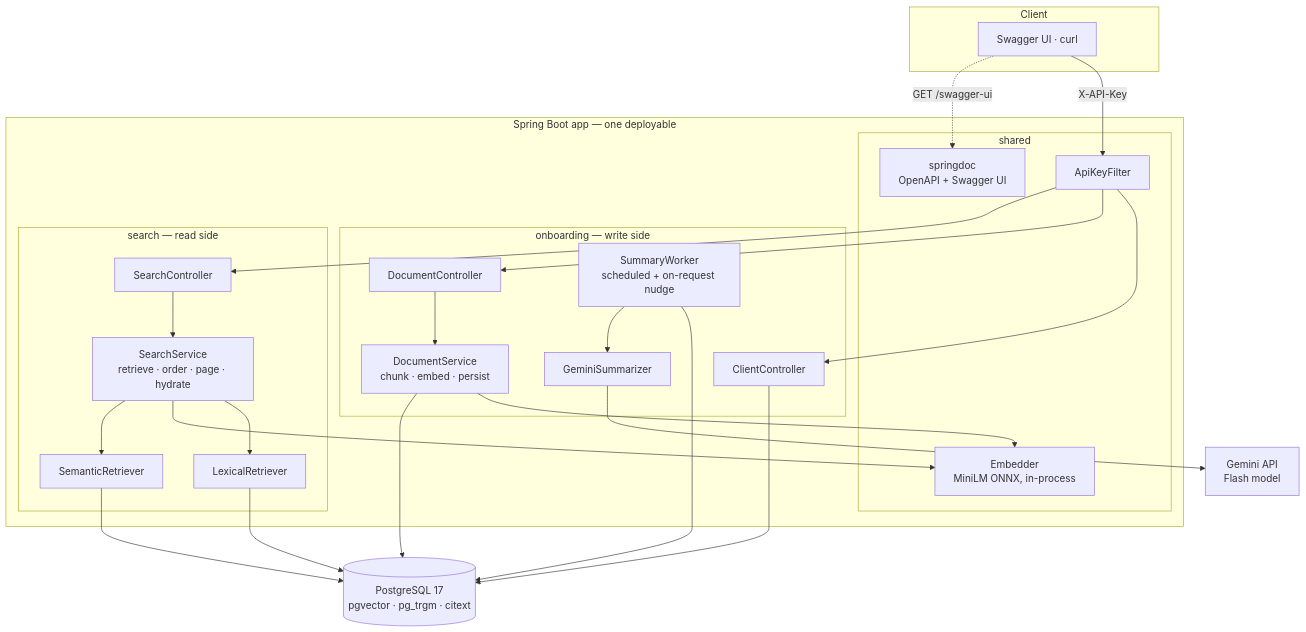
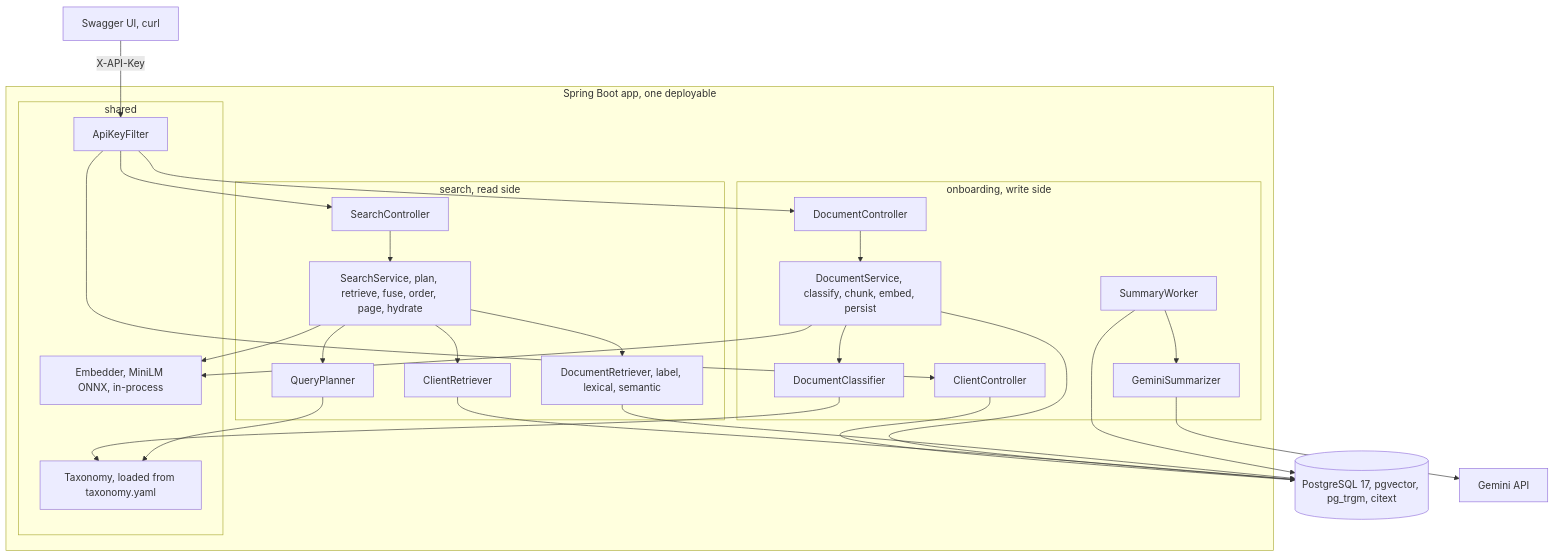
The first of 2 diagrams in docs/system-design.md (TsybulskyStepan/unified-search), drawn with Mermaid before and after one commit. The commit also changed other lines of this file and 12 other files, not shown here.

````diff
--- a/docs/system-design.md
+++ b/docs/system-design.md
@@ -24,43 +31,43 @@
 ```mermaid
 flowchart TB
-    subgraph Client
-        UI[Swagger UI · curl]
-    end
-
-    subgraph App["Spring Boot app — one deployable"]
+    UI["Swagger UI, curl"]
+    subgraph App["Spring Boot app, one deployable"]
         subgraph Shared["shared"]
-            F[ApiKeyFilter]
-            EMB[Embedder<br/>MiniLM ONNX, in-process]
-            DOCS[springdoc<br/>OpenAPI + Swagger UI]
+            F["ApiKeyFilter"]
+            EMB["Embedder, MiniLM ONNX, in-process"]
+            TAX["Taxonomy, loaded from taxonomy.yaml"]
         end
-        subgraph Onboarding["onboarding — write side"]
-            CC[ClientController]
-            DC[DocumentController]
-            DS[DocumentService<br/>chunk · embed · persist]
-            SW[SummaryWorker<br/>scheduled + on-request nudge]
-            SUM[GeminiSummarizer]
+        subgraph Onboarding["onboarding, write side"]
+            CC["ClientController"]
+            DC["DocumentController"]
+            DS["DocumentService, classify, chunk, embed, persist"]
+            CLS["DocumentClassifier"]
+            SW["SummaryWorker"]
+            SUM["GeminiSummarizer"]
         end
-        subgraph Search["search — read side"]
-            SC[SearchController]
-            SS[SearchService<br/>retrieve · order · page · hydrate]
-            LR[LexicalRetriever]
-            SR[SemanticRetriever]
+        subgraph Search["search, read side"]
+            SC["SearchController"]
+            SS["SearchService, plan, retrieve, fuse, order, page, hydrate"]
+            QP["QueryPlanner"]
+            CR["ClientRetriever"]
+            DR["DocumentRetriever, label, lexical, semantic"]
         end
     end
-
-    PG[(PostgreSQL 17<br/>pgvector · pg_trgm · citext)]
-    VX[Gemini API<br/>Flash model]
+    PG[("PostgreSQL 17, pgvector, pg_trgm, citext")]
+    VX["Gemini API"]
 
     UI -->|X-API-Key| F
     F --> CC & DC & SC
     CC --> PG
-    DC --> DS --> EMB
+    DC --> DS
+    DS --> CLS --> TAX
+    DS --> EMB
     DS --> PG
     SC --> SS
-    SS --> LR --> PG
+    SS --> QP --> TAX
+    SS --> CR --> PG
     SS --> EMB
-    SS --> SR --> PG
+    SS --> DR --> PG
     SW --> PG
     SW --> SUM --> VX
-    UI -.->|GET /swagger-ui| DOCS
 ```
````
